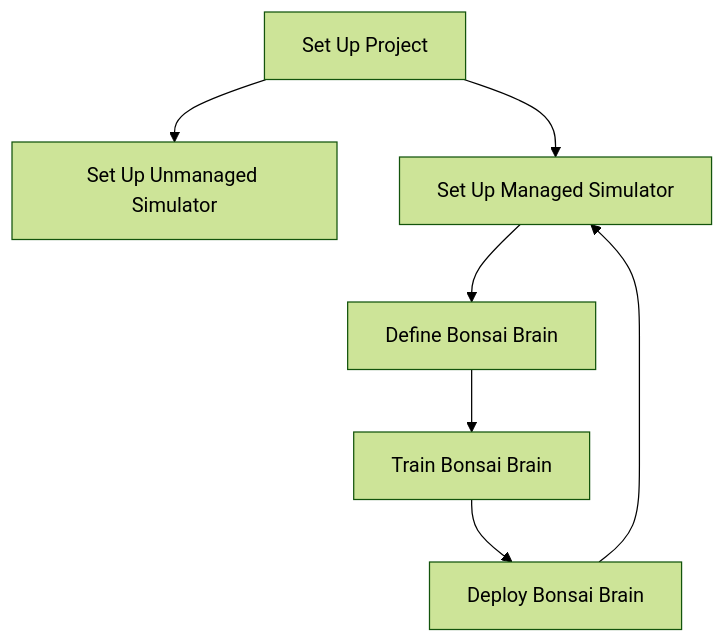
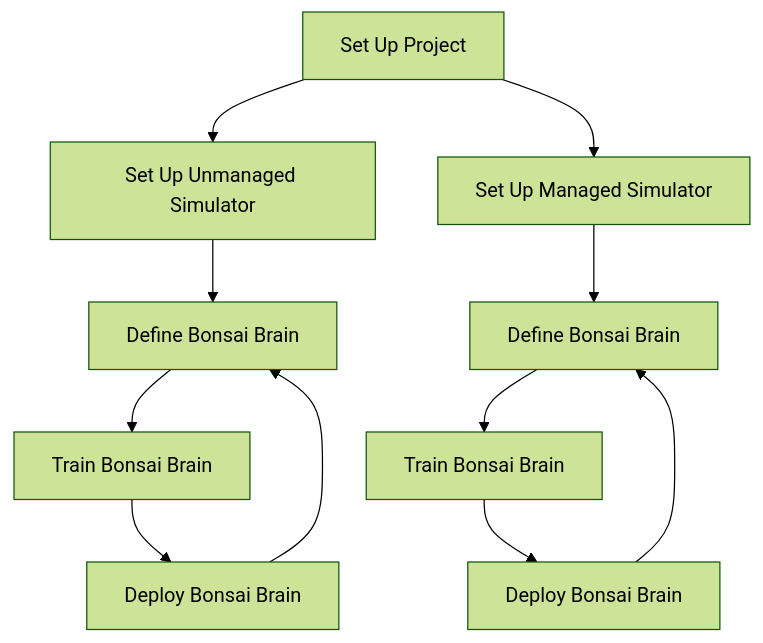
The diagram in samples/turtlebot3_bonsai/README.md (microsoft/ROS-bonsai-connector), drawn with Mermaid (forest theme) before and after one commit.

Commit message:
More diagram updates

````diff
--- a/samples/turtlebot3_bonsai/README.md
+++ b/samples/turtlebot3_bonsai/README.md
@@ -6,9 +6,16 @@
 ```mermaid
 flowchart TD
     A[Set Up Project]-->B[Set Up Unmanaged Simulator]
     A-->C[Set Up Managed Simulator]
-    C-->D[Define Bonsai Brain]
-    D-->E[Train Bonsai Brain]
-    E-->F[Deploy Bonsai Brain]
-    F-->C
+
+
+    C-->C1[Define Bonsai Brain]
+    C1-->C2[Train Bonsai Brain]
+    C2-->C3[Deploy Bonsai Brain]
+    C3-->C1
+
+    B-->B1[Define Bonsai Brain]
+    B1-->B2[Train Bonsai Brain]
+    B2-->B3[Deploy Bonsai Brain]
+    B3-->B1
 ```
````
